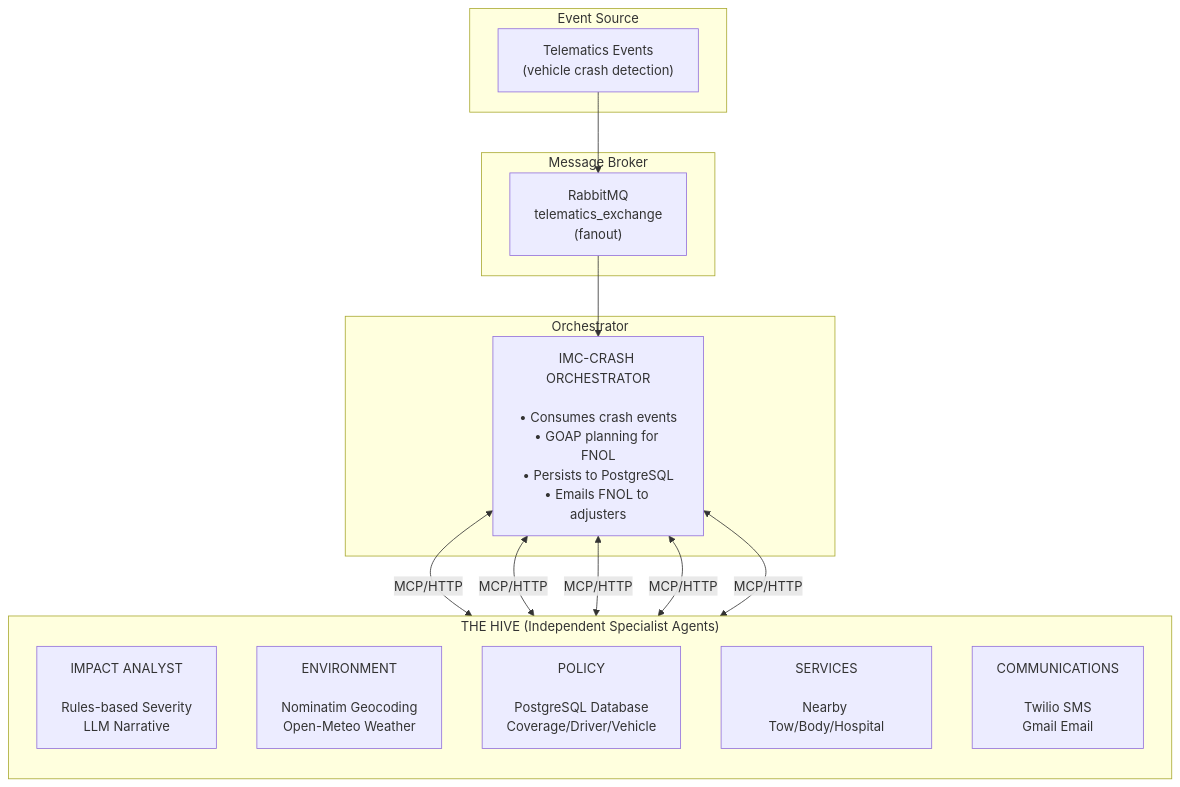
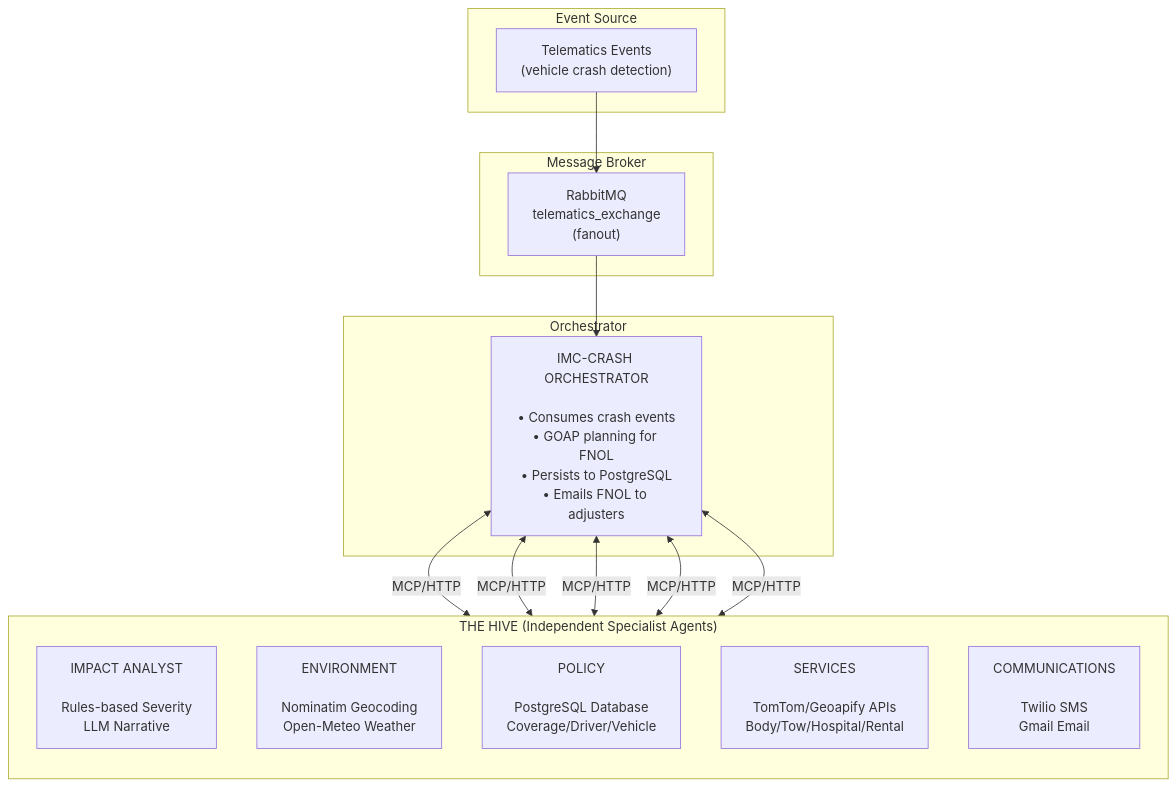
The first of 2 diagrams in README.md (dbbaskette/imc-crash), drawn with Mermaid before and after one commit. The commit also changed other lines of this file and 14 other files, not shown here.

First line of the commit message:
Add TomTom/Geoapify integration for real nearby services with phone numbers

````diff
--- a/README.md
+++ b/README.md
@@ -23,31 +23,31 @@
 ```mermaid
 flowchart TB
     subgraph Input["Event Source"]
         TEL["Telematics Events<br/>(vehicle crash detection)"]
     end
 
     subgraph Messaging["Message Broker"]
         RMQ["RabbitMQ<br/>telematics_exchange<br/>(fanout)"]
     end
 
     subgraph Orchestration["Orchestrator"]
         ORCH["IMC-CRASH ORCHESTRATOR<br/><br/>• Consumes crash events<br/>• GOAP planning for FNOL<br/>• Persists to PostgreSQL<br/>• Emails FNOL to adjusters"]
     end
 
     TEL --> RMQ --> ORCH
 
     subgraph Hive["THE HIVE (Independent Specialist Agents)"]
         direction TB
         IA["IMPACT ANALYST<br/><br/>Rules-based Severity<br/>LLM Narrative"]
         ENV["ENVIRONMENT<br/><br/>Nominatim Geocoding<br/>Open-Meteo Weather"]
         POL["POLICY<br/><br/>PostgreSQL Database<br/>Coverage/Driver/Vehicle"]
-        SVC["SERVICES<br/><br/>Nearby Tow/Body/Hospital"]
+        SVC["SERVICES<br/><br/>TomTom/Geoapify APIs<br/>Body/Tow/Hospital/Rental"]
         COM["COMMUNICATIONS<br/><br/>Twilio SMS<br/>Gmail Email"]
     end
 
     ORCH <--> |"MCP/HTTP"| IA
     ORCH <--> |"MCP/HTTP"| ENV
     ORCH <--> |"MCP/HTTP"| POL
     ORCH <--> |"MCP/HTTP"| SVC
     ORCH <--> |"MCP/HTTP"| COM
 ```
````
